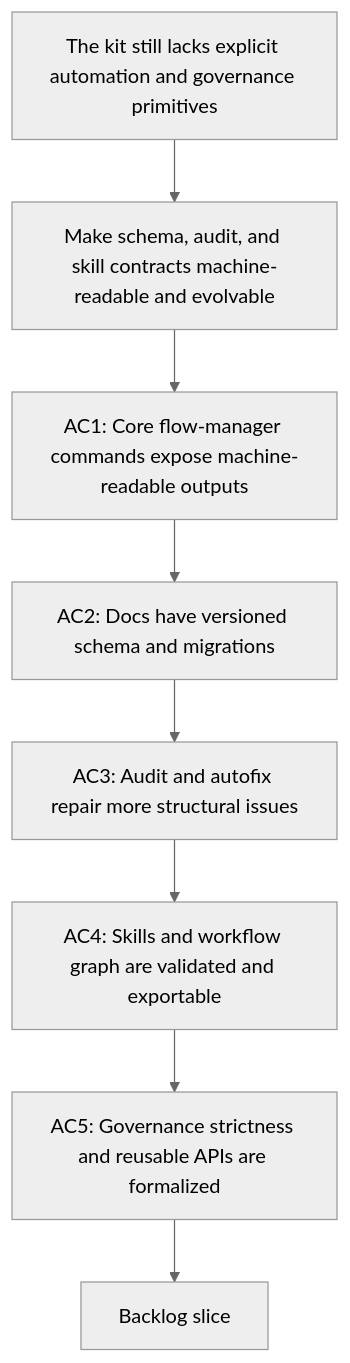
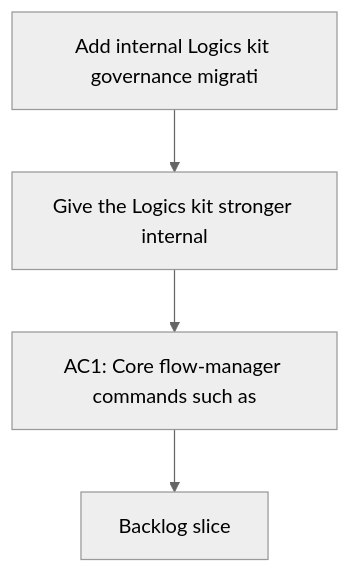
One commit to AlexAgo83/logics-manager changed the diagram in logics/request/req_083_add_internal_logics_kit_governance_migration_and_machine_readable_tooling_primitives.md. Above: the diagram before and after it, drawn with Mermaid (neutral theme). The commit also changed 481 other files, not shown here.

Commit message:
Normalize Logics docs and workflow indicators

````diff
--- a/logics/request/req_083_add_internal_logics_kit_governance_migration_and_machine_readable_tooling_primitives.md
+++ b/logics/request/req_083_add_internal_logics_kit_governance_migration_and_machine_readable_tooling_primitives.md
@@ -27,12 +27,8 @@
 ```mermaid
 %% logics-kind: request
 %% logics-signature: request|add-internal-logics-kit-governance-migra|give-the-logics-kit-stronger-internal|ac1-core-flow-manager-commands-such-as
 flowchart TD
-    Trigger[The kit still lacks explicit automation and governance primitives] --> Need[Make schema, audit, and skill contracts machine-readable and evolvable]
-    Need --> AC1[AC1: Core flow-manager commands expose machine-readable outputs]
-    AC1 --> AC2[AC2: Docs have versioned schema and migrations]
-    AC2 --> AC3[AC3: Audit and autofix repair more structural issues]
-    AC3 --> AC4[AC4: Skills and workflow graph are validated and exportable]
-    AC4 --> AC5[AC5: Governance strictness and reusable APIs are formalized]
-    AC5 --> Backlog[Backlog slice]
+    Trigger[Add internal Logics kit governance migrati] --> Need[Give the Logics kit stronger internal]
+    Need --> Outcome[AC1: Core flow-manager commands such as]
+    Outcome --> Backlog[Backlog slice]
 ```
````
